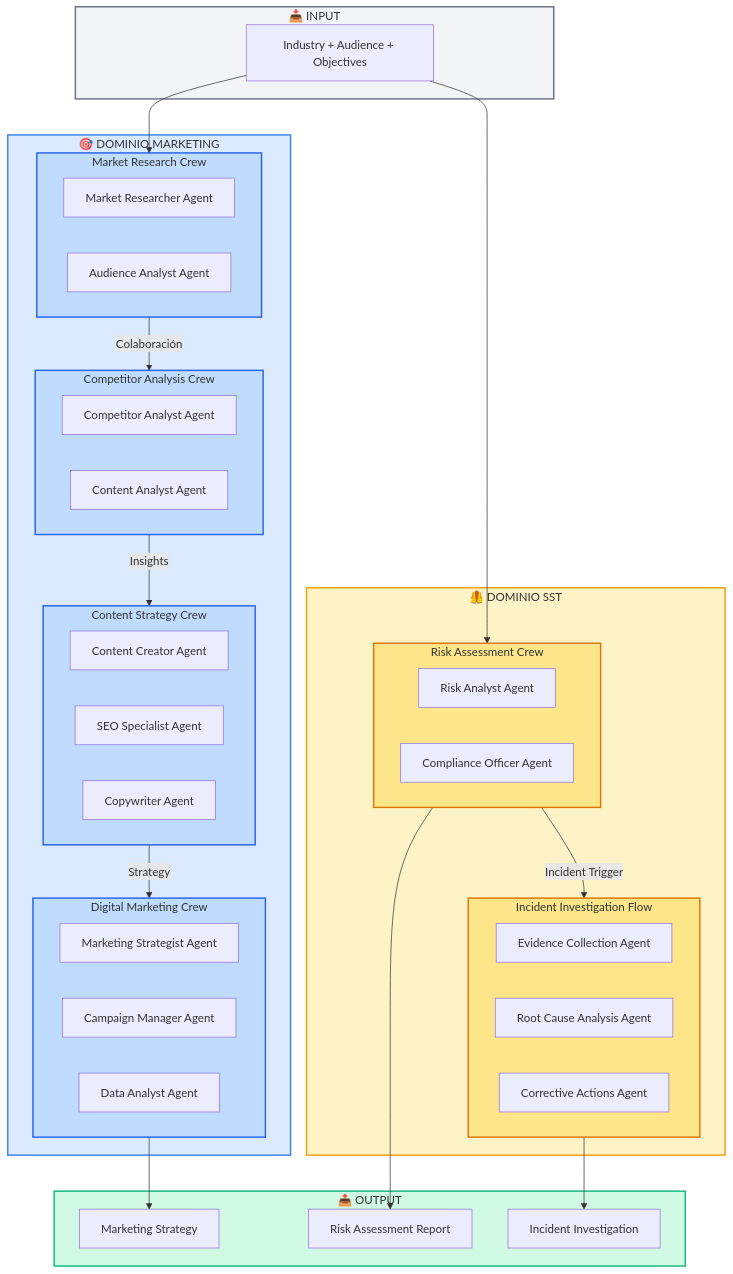
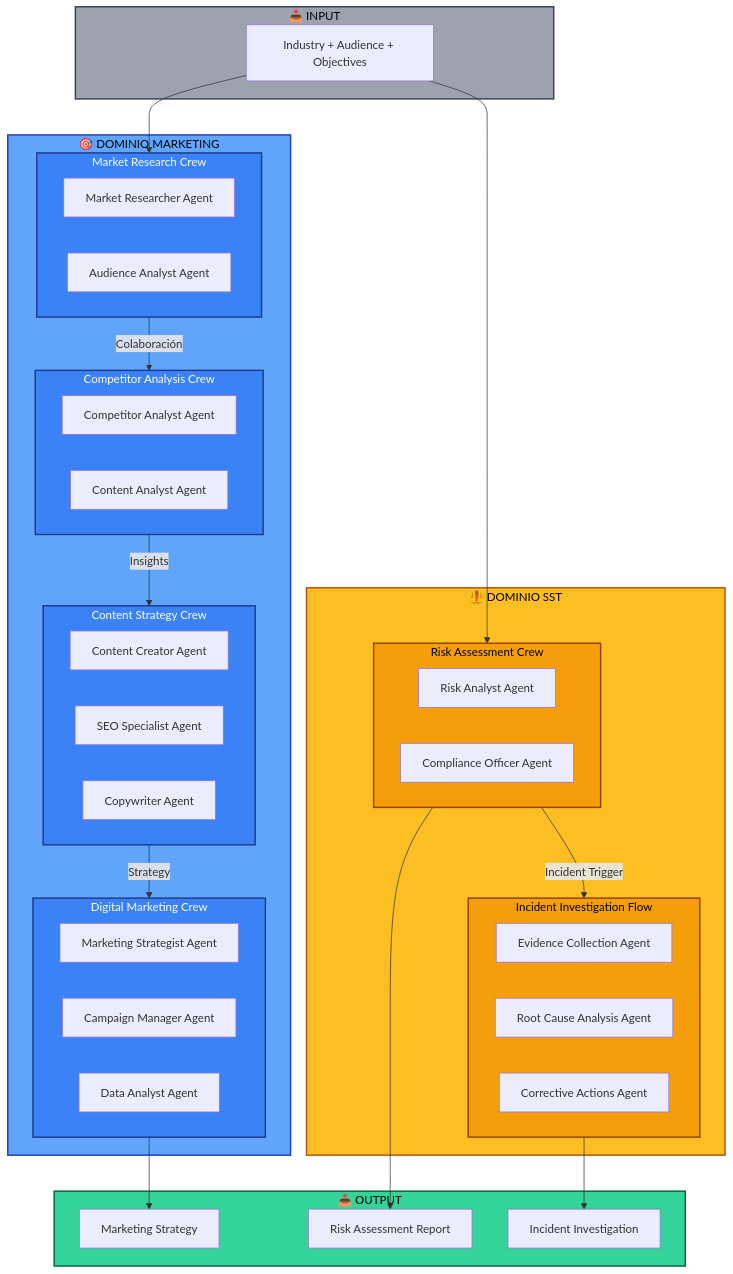
Before and after one commit to lraigosov/multi-agent: the first of 3 diagrams in README.md, drawn with Mermaid. The commit also changed other lines of this file, not shown here.

Commit message:
style: Use darker colors for better text readability in diagrams

````diff
--- a/README.md
+++ b/README.md
@@ -513,72 +513,72 @@
 ```mermaid
 graph TB
     subgraph Input["📥 INPUT"]
         I1[Industry + Audience + Objectives]
     end
     
     subgraph Marketing["🎯 DOMINIO MARKETING"]
         subgraph MRC["Market Research Crew"]
             MR1[Market Researcher Agent]
             MR2[Audience Analyst Agent]
         end
         
         subgraph CAC["Competitor Analysis Crew"]
             CA1[Competitor Analyst Agent]
             CA2[Content Analyst Agent]
         end
         
         subgraph CSC["Content Strategy Crew"]
             CS1[Content Creator Agent]
             CS2[SEO Specialist Agent]
             CS3[Copywriter Agent]
         end
         
         subgraph DMC["Digital Marketing Crew"]
             DM1[Marketing Strategist Agent]
             DM2[Campaign Manager Agent]
             DM3[Data Analyst Agent]
         end
     end
     
     subgraph SST["🦺 DOMINIO SST"]
         subgraph RAC["Risk Assessment Crew"]
             RA1[Risk Analyst Agent]
             RA2[Compliance Officer Agent]
         end
         
         subgraph IIF["Incident Investigation Flow"]
             II1[Evidence Collection Agent]
             II2[Root Cause Analysis Agent]
             II3[Corrective Actions Agent]
         end
     end
     
     subgraph Output["📤 OUTPUT"]
         O1[Marketing Strategy]
         O2[Risk Assessment Report]
         O3[Incident Investigation]
     end
     
     I1 --> MRC
     MRC --> |Colaboración| CAC
     CAC --> |Insights| CSC
     CSC --> |Strategy| DMC
     DMC --> O1
     
     I1 --> RAC
     RAC --> O2
     RAC --> |Incident Trigger| IIF
     IIF --> O3
     
-    style Marketing fill:#dbeafe,stroke:#3b82f6,stroke-width:2px
-    style SST fill:#fef3c7,stroke:#f59e0b,stroke-width:2px
-    style Input fill:#f3f4f6,stroke:#6b7280,stroke-width:2px
-    style Output fill:#d1fae5,stroke:#10b981,stroke-width:2px
+    style Marketing fill:#60a5fa,stroke:#1e40af,stroke-width:2px,color:#000
+    style SST fill:#fbbf24,stroke:#b45309,stroke-width:2px,color:#000
+    style Input fill:#9ca3af,stroke:#374151,stroke-width:2px,color:#000
+    style Output fill:#34d399,stroke:#065f46,stroke-width:2px,color:#000
     
-    style MRC fill:#bfdbfe,stroke:#2563eb,stroke-width:2px
-    style CAC fill:#bfdbfe,stroke:#2563eb,stroke-width:2px
-    style CSC fill:#bfdbfe,stroke:#2563eb,stroke-width:2px
-    style DMC fill:#bfdbfe,stroke:#2563eb,stroke-width:2px
-    style RAC fill:#fde68a,stroke:#d97706,stroke-width:2px
-    style IIF fill:#fde68a,stroke:#d97706,stroke-width:2px
+    style MRC fill:#3b82f6,stroke:#1e3a8a,stroke-width:2px,color:#fff
+    style CAC fill:#3b82f6,stroke:#1e3a8a,stroke-width:2px,color:#fff
+    style CSC fill:#3b82f6,stroke:#1e3a8a,stroke-width:2px,color:#fff
+    style DMC fill:#3b82f6,stroke:#1e3a8a,stroke-width:2px,color:#fff
+    style RAC fill:#f59e0b,stroke:#92400e,stroke-width:2px,color:#000
+    style IIF fill:#f59e0b,stroke:#92400e,stroke-width:2px,color:#000
 ```
````
